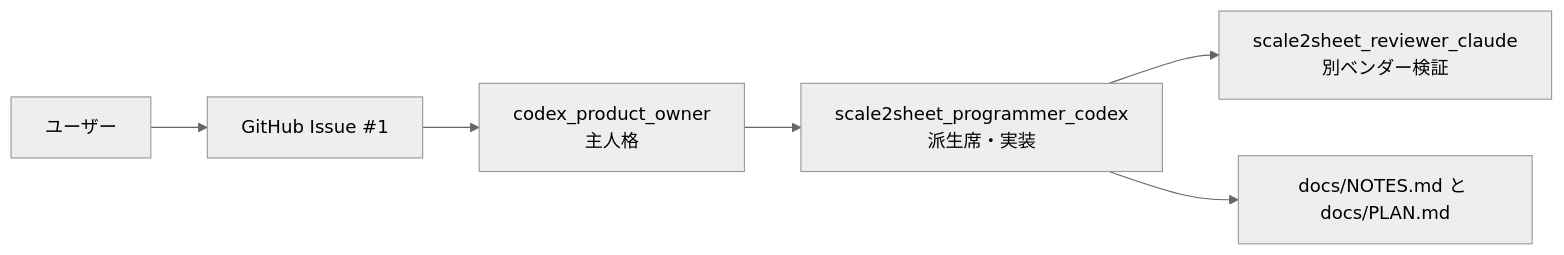
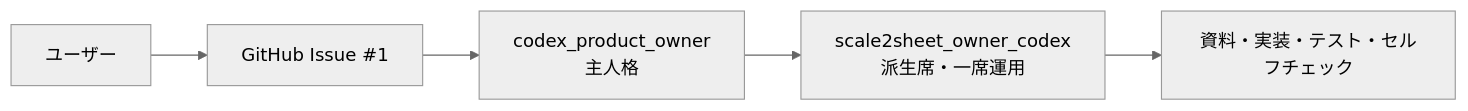
One commit to kappaseijin/scale2sheet4go changed the diagram in docs/superpowers/plans/2026-08-13-pilot-operation-policy.md. Above: the diagram before and after it, drawn with Mermaid (neutral theme). The commit also changed other lines of this file and 2 other files, not shown here.

````diff
--- a/docs/superpowers/plans/2026-08-13-pilot-operation-policy.md
+++ b/docs/superpowers/plans/2026-08-13-pilot-operation-policy.md
@@ -41,8 +41,7 @@
 ```mermaid
 flowchart LR
   U[ユーザー] --> I[GitHub Issue #1]
   I --> P[codex_product_owner<br/>主人格]
-  P --> D[scale2sheet_programmer_codex<br/>派生席・実装]
-  D --> R[scale2sheet_reviewer_claude<br/>別ベンダー検証]
-  D --> N[docs/NOTES.md と docs/PLAN.md]
+  P --> D[scale2sheet_owner_codex<br/>派生席・一席運用]
+  D --> N[資料・実装・テスト・セルフチェック]
 ```
````
